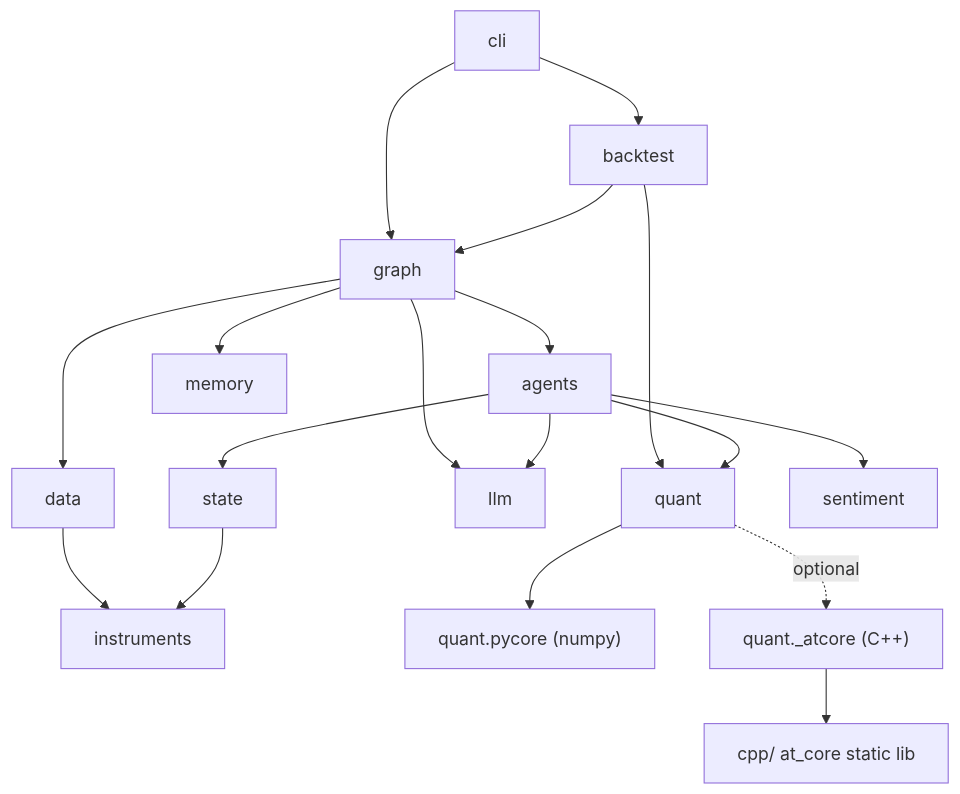
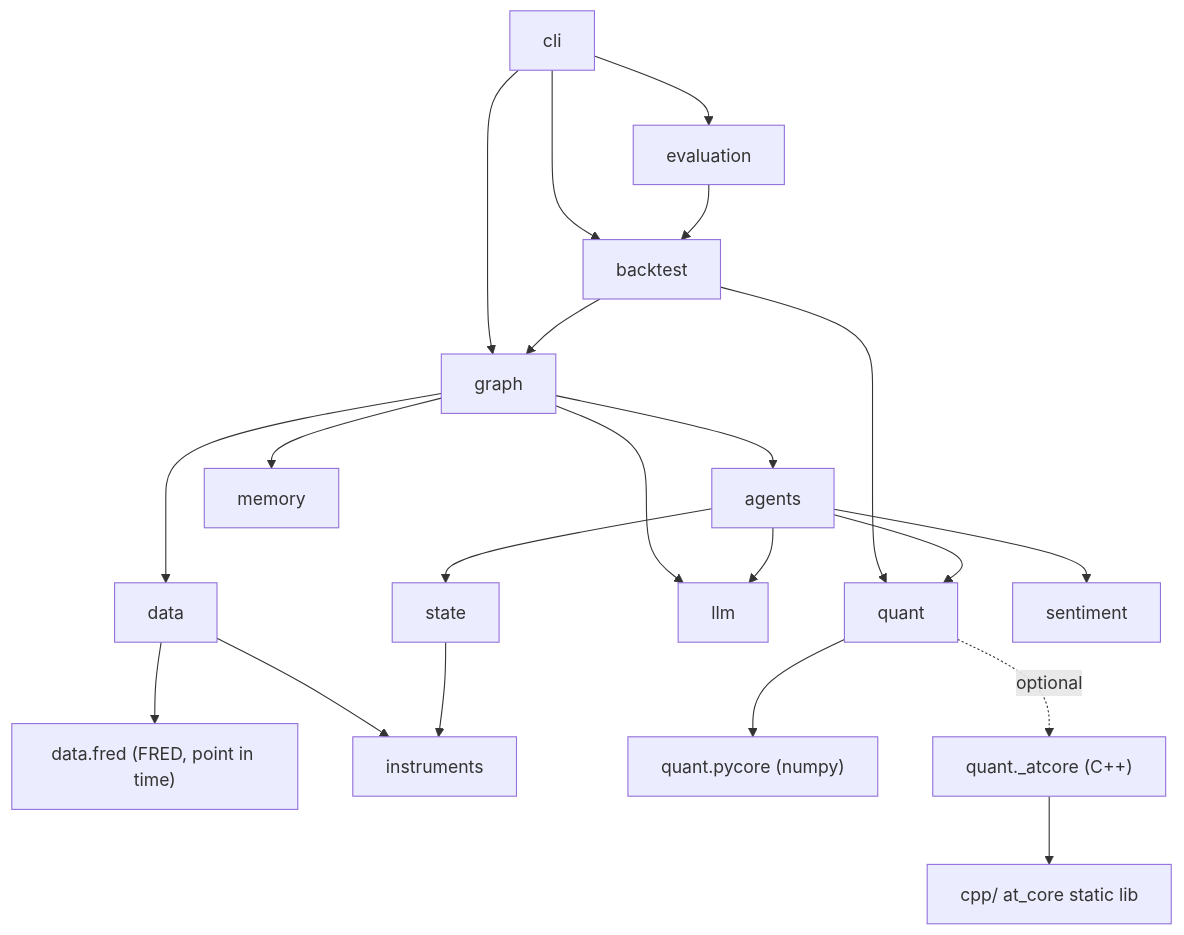
Diagram 15 of 16 in docs/DIAGRAMS.md (AshJha0/agentic-trader), drawn with Mermaid before and after one commit. The commit also changed other lines of this file and 48 other files, not shown here.

````diff
--- a/docs/DIAGRAMS.md
+++ b/docs/DIAGRAMS.md
@@ -224,20 +355,23 @@
 ```mermaid
 flowchart TD
     CLI[cli] --> GR[graph]
     CLI --> BT[backtest]
+    CLI --> EV[evaluation]
+    EV --> BT
     BT --> GR
     BT --> Q[quant]
     GR --> AG[agents]
     GR --> DA[data]
     GR --> ME[memory]
     GR --> LL[llm]
     AG --> Q
     AG --> ST[state]
     AG --> SE[sentiment]
     AG --> LL
+    DA --> FR["data.fred (FRED, point in time)"]
     DA --> IN[instruments]
     ST --> IN
     Q --> PYC["quant.pycore (numpy)"]
     Q -. optional .-> ATC["quant._atcore (C++)"]
     ATC --> CORE["cpp/ at_core static lib"]
 ```
````
